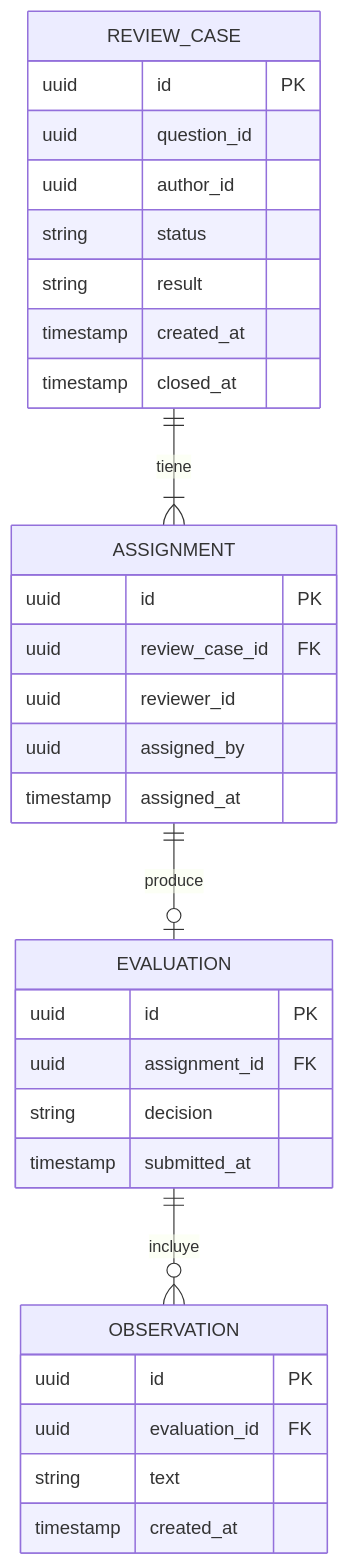
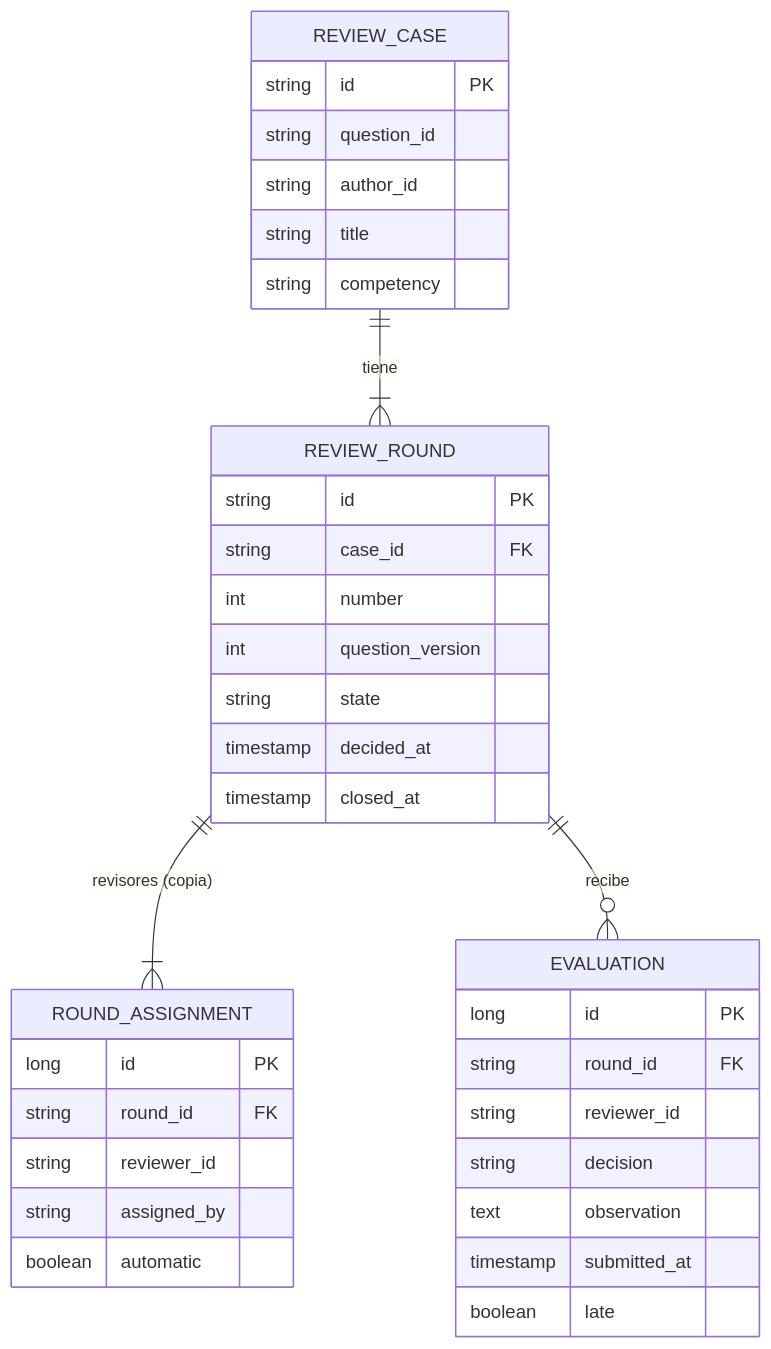
Before and after one commit to DVLASZ/banco-preguntas-saberpro: diagram 19 of 27 in docs/corte-2/03-arquitectura-c4-uml.md, drawn with Mermaid. The commit also changed other lines of this file and 83 other files, not shown here.

Commit message:
Documentación de la arquitectura de 14 servicios: historias, contextos y eventos, C4, patrones y prototipos, con todos los diagramas

````diff
--- a/docs/corte-2/03-arquitectura-c4-uml.md
+++ b/docs/corte-2/03-arquitectura-c4-uml.md
@@ -305,34 +624,38 @@
 ```mermaid
 erDiagram
-  REVIEW_CASE ||--|{ ASSIGNMENT : tiene
-  ASSIGNMENT ||--o| EVALUATION : produce
-  EVALUATION ||--o{ OBSERVATION : incluye
+  REVIEW_CASE ||--|{ REVIEW_ROUND : tiene
+  REVIEW_ROUND ||--|{ ROUND_ASSIGNMENT : "revisores (copia)"
+  REVIEW_ROUND ||--o{ EVALUATION : recibe
   REVIEW_CASE {
-    uuid id PK
-    uuid question_id
-    uuid author_id
-    string status
-    string result
-    timestamp created_at
+    string id PK
+    string question_id
+    string author_id
+    string title
+    string competency
+  }
+  REVIEW_ROUND {
+    string id PK
+    string case_id FK
+    int number
+    int question_version
+    string state
+    timestamp decided_at
     timestamp closed_at
   }
-  ASSIGNMENT {
-    uuid id PK
-    uuid review_case_id FK
-    uuid reviewer_id
-    uuid assigned_by
-    timestamp assigned_at
+  ROUND_ASSIGNMENT {
+    long id PK
+    string round_id FK
+    string reviewer_id
+    string assigned_by
+    boolean automatic
   }
   EVALUATION {
-    uuid id PK
-    uuid assignment_id FK
+    long id PK
+    string round_id FK
+    string reviewer_id
     string decision
+    text observation
     timestamp submitted_at
-  }
-  OBSERVATION {
-    uuid id PK
-    uuid evaluation_id FK
-    string text
-    timestamp created_at
+    boolean late
   }
 ```
````
